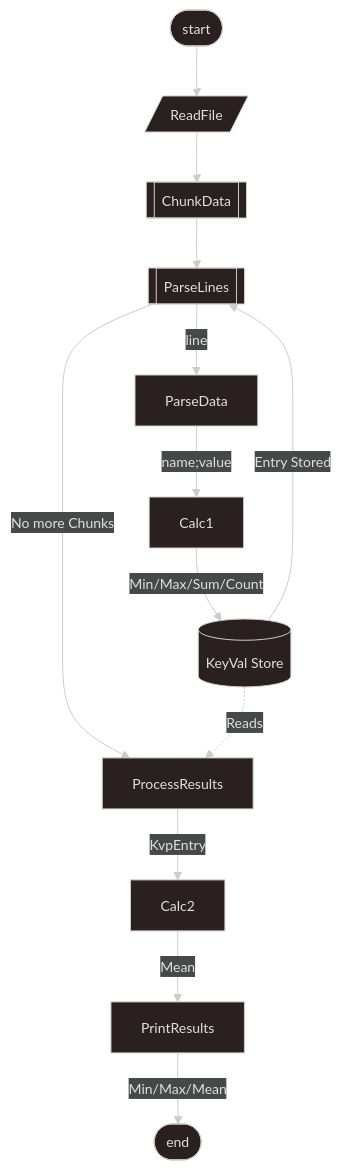
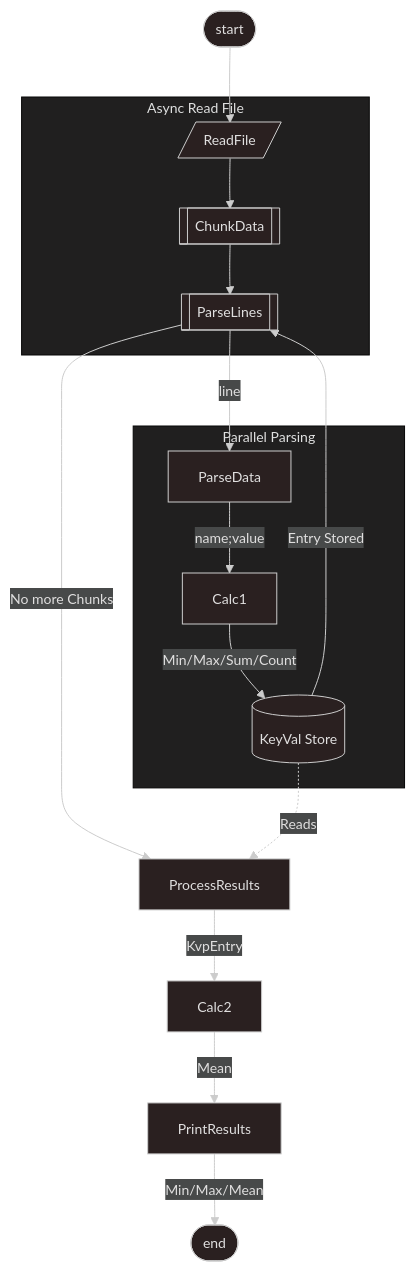
One commit to angrit/1brc changed the diagram in 1brc-cs/diagram.md. Above: the diagram before and after it, drawn with Mermaid.

Commit message:
Updated diagram to show something about async + parallel processing (TPL)

````diff
--- a/1brc-cs/diagram.md
+++ b/1brc-cs/diagram.md
@@ -3,23 +3,28 @@
 ```mermaid
 ---
 config:
     theme: 'neo-dark'
 ---
 flowchart TB
     Start([start])
     End([end])
 
     Start --> ReadFile[/ReadFile/]
-    ReadFile --> ChunkData[[ChunkData]]
-    ChunkData --> ParseLines[[ParseLines]]
-    ParseLines --line--> ParseData
-    ParseData --name;value--> Calc1
-    Calc1 --Min/Max/Sum/Count--> KvStore[(KeyVal Store)]
-    KvStore --Entry Stored--> ParseLines
+    subgraph AsyncFile [Async Read File]
+        ReadFile --> ChunkData[[ChunkData]]
+        ChunkData --> ParseLines[[ParseLines]]
+    end
+
+    subgraph ParserWorkers [Parallel Parsing]
+        ParseLines --line--> ParseData
+        ParseData --name;value--> Calc1
+        Calc1 --Min/Max/Sum/Count--> KvStore[(KeyVal Store)]
+        KvStore --Entry Stored--> ParseLines
+    end
 
     ParseLines --No more Chunks--> ProcessResults
     ProcessResults --KvpEntry--> Calc2
     KvStore -.Reads.-> ProcessResults
     Calc2 --Mean--> PrintResults
     PrintResults --Min/Max/Mean--> End
 ```
````
